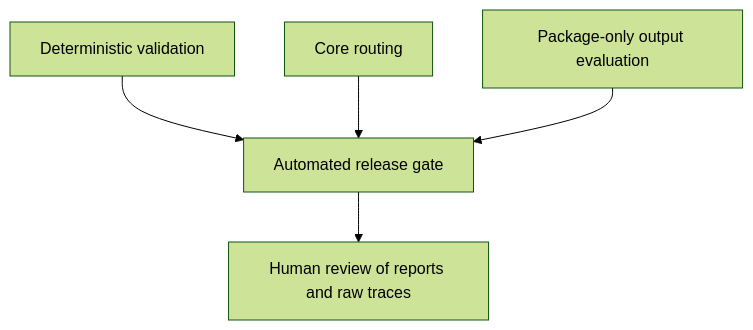
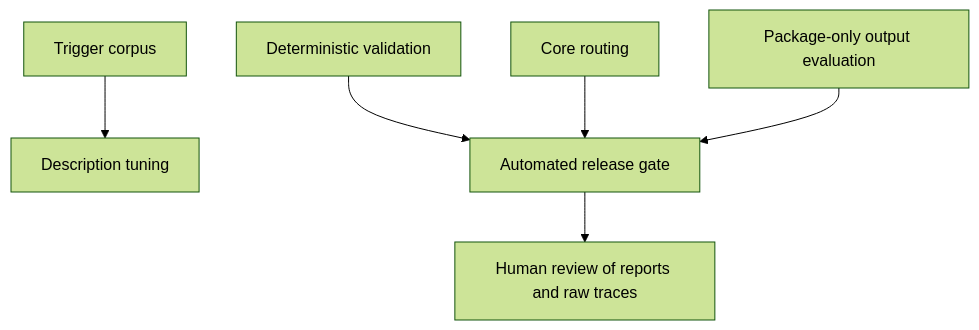
The diagram in skills/evals/README.md (karmada-io/community), drawn with Mermaid (forest theme) before and after one commit. The commit also changed other lines of this file and 10 other files, not shown here.

````diff
--- a/skills/evals/README.md
+++ b/skills/evals/README.md
@@ -8,7 +13,8 @@
 ```mermaid
 flowchart TD
+    trigger["Trigger corpus"] --> tuning["Description tuning"]
     deterministic["Deterministic validation"] --> gate["Automated release gate"]
     routing["Core routing"] --> gate
     output["Package-only output evaluation"] --> gate
     gate --> review["Human review of reports and raw traces"]
 ```
````
